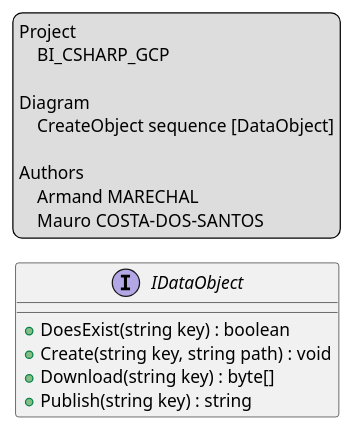
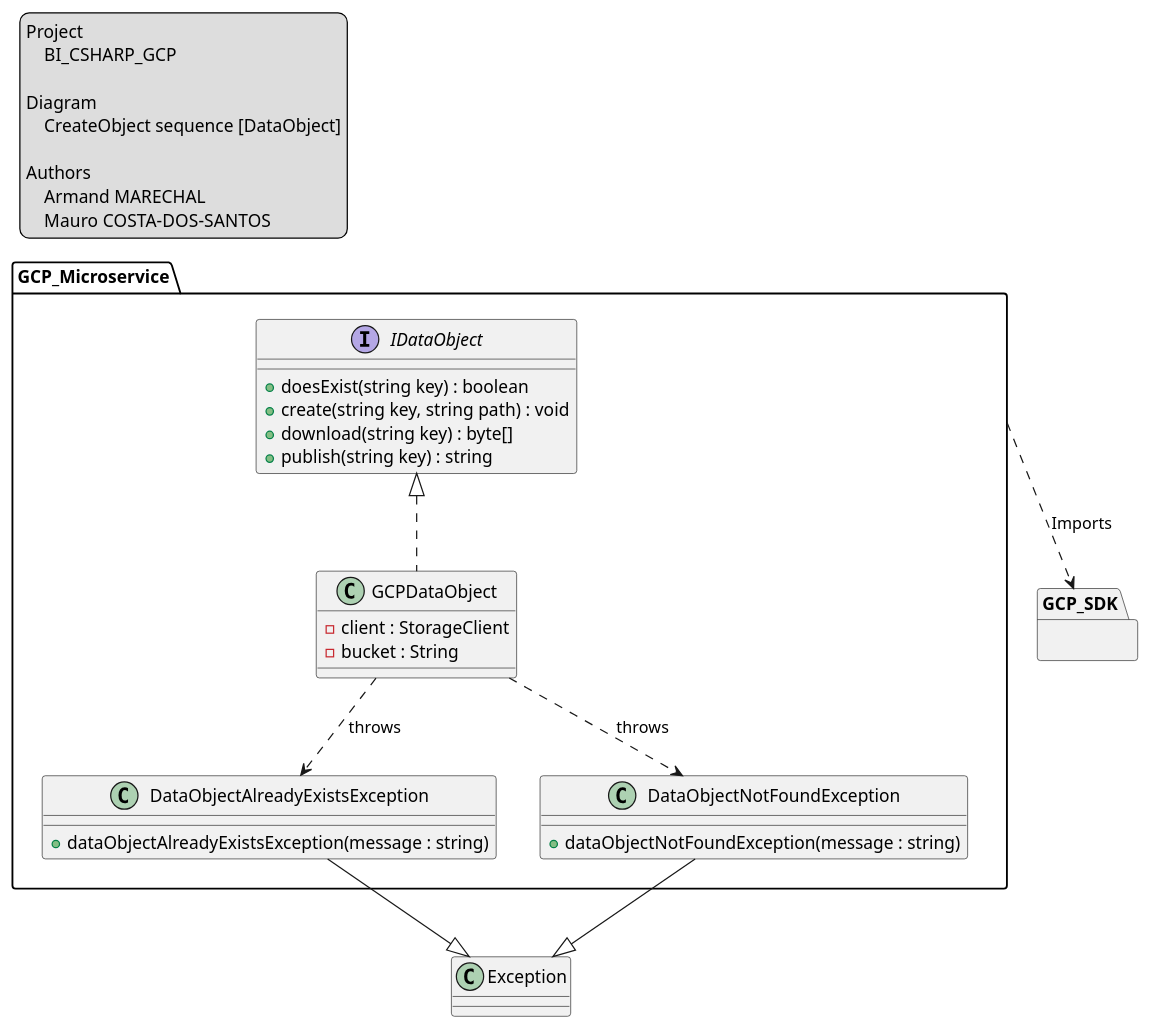
One commit to CPNV-ES-BI/BI_CSHARP_GCP changed the diagram in doc/classes/data_object.puml. Above: the diagram before and after it, drawn with PlantUML.

Commit message:
Update dependencies

```diff
--- a/doc/classes/data_object.puml
+++ b/doc/classes/data_object.puml
@@ -1,22 +1,50 @@
 @startuml DataObject
 
 legend top left
     Project
         BI_CSHARP_GCP
 
     Diagram
         CreateObject sequence [DataObject]
 
     Authors
         Armand MARECHAL
         Mauro COSTA-DOS-SANTOS 
 endlegend
 
-interface IDataObject {
- +DoesExist(string key) : boolean
- +Create(string key, string path) : void
- +Download(string key) : byte[]
- +Publish(string key) : string
+package GCP_Microservice {
+    interface IDataObject {
+     +doesExist(string key) : boolean
+     +create(string key, string path) : void
+     +download(string key) : byte[]
+     +publish(string key) : string
+    }
+
+    class GCPDataObject {
+     -client : StorageClient
+     -bucket : String
+    }
+
+    class DataObjectAlreadyExistsException {
+     +dataObjectAlreadyExistsException(message : string)
+    }
+
+    class DataObjectNotFoundException {
+     +dataObjectNotFoundException(message : string)
+    }
 }
 
+package GCP_SDK {}
+
+IDataObject <|.. GCPDataObject
+GCP_Microservice ..> GCP_SDK: Imports
+
+class Exception
+
+GCPDataObject ..> DataObjectAlreadyExistsException : throws
+GCPDataObject ..> DataObjectNotFoundException : throws
+
+DataObjectAlreadyExistsException --|> Exception
+DataObjectNotFoundException --|> Exception
+
 @enduml
```
